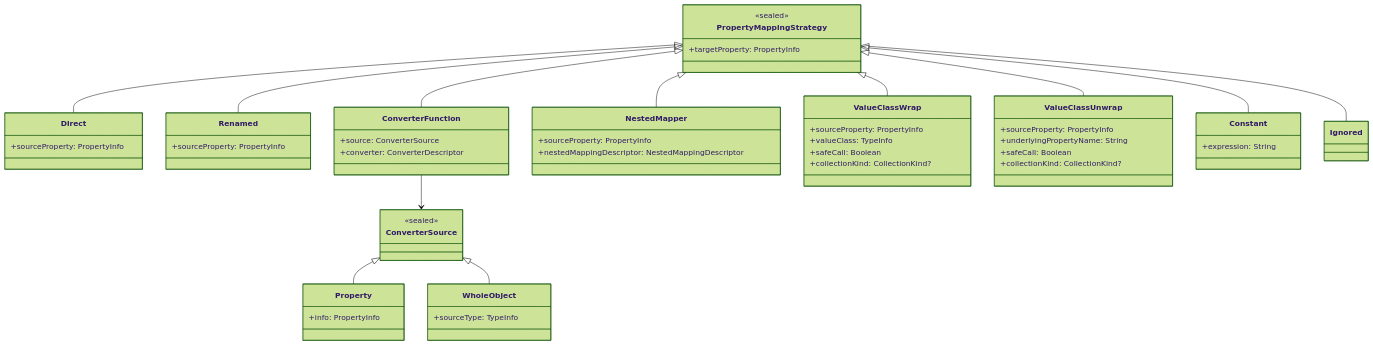
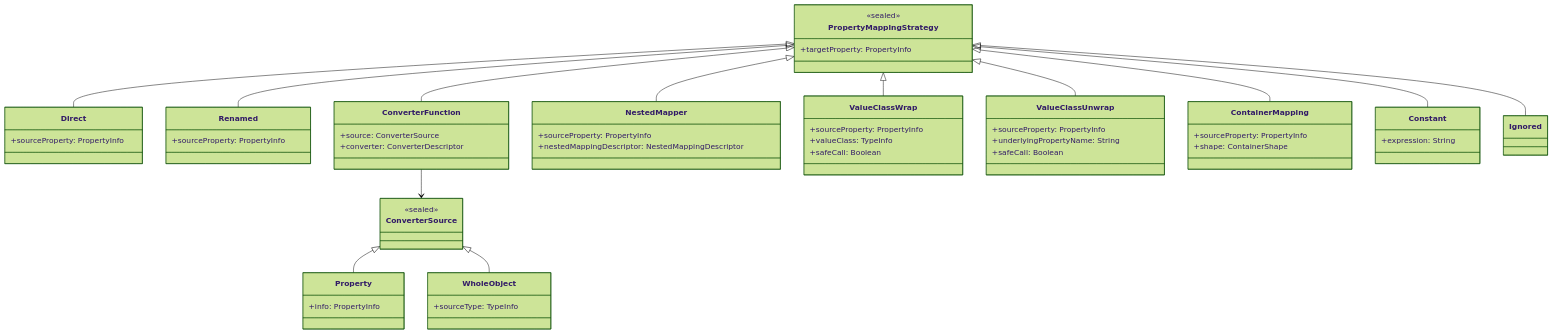
One commit to blu3berry-why/Kraft changed the third of 3 diagrams in docs/developer-guide/custom-code-generator.md. Above: the diagram before and after it, drawn with Mermaid (forest theme). The commit also changed other lines of this file and 59 other files, not shown here.

````diff
--- a/docs/developer-guide/custom-code-generator.md
+++ b/docs/developer-guide/custom-code-generator.md
@@ -167,63 +166,66 @@
 ```mermaid
 classDiagram
     direction TB
 
     class PropertyMappingStrategy {
         <<sealed>>
         +targetProperty: PropertyInfo
     }
 
     class Direct {
         +sourceProperty: PropertyInfo
     }
     class Renamed {
         +sourceProperty: PropertyInfo
     }
     class ConverterFunction {
         +source: ConverterSource
         +converter: ConverterDescriptor
     }
     class NestedMapper {
         +sourceProperty: PropertyInfo
         +nestedMappingDescriptor: NestedMappingDescriptor
     }
     class ValueClassWrap {
         +sourceProperty: PropertyInfo
         +valueClass: TypeInfo
         +safeCall: Boolean
-        +collectionKind: CollectionKind?
     }
     class ValueClassUnwrap {
         +sourceProperty: PropertyInfo
         +underlyingPropertyName: String
         +safeCall: Boolean
-        +collectionKind: CollectionKind?
+    }
+    class ContainerMapping {
+        +sourceProperty: PropertyInfo
+        +shape: ContainerShape
     }
     class Constant {
         +expression: String
     }
     class Ignored
 
     class ConverterSource {
         <<sealed>>
     }
     class Property {
         +info: PropertyInfo
     }
     class WholeObject {
         +sourceType: TypeInfo
     }
 
     PropertyMappingStrategy <|-- Direct
     PropertyMappingStrategy <|-- Renamed
     PropertyMappingStrategy <|-- ConverterFunction
     PropertyMappingStrategy <|-- NestedMapper
     PropertyMappingStrategy <|-- ValueClassWrap
     PropertyMappingStrategy <|-- ValueClassUnwrap
+    PropertyMappingStrategy <|-- ContainerMapping
     PropertyMappingStrategy <|-- Constant
     PropertyMappingStrategy <|-- Ignored
 
     ConverterFunction --> ConverterSource
     ConverterSource <|-- Property
     ConverterSource <|-- WholeObject
 ```
````
